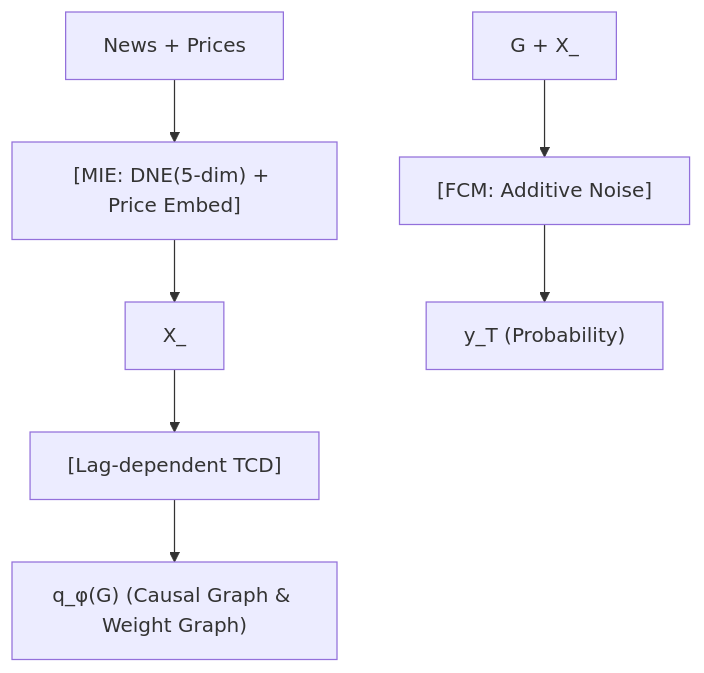
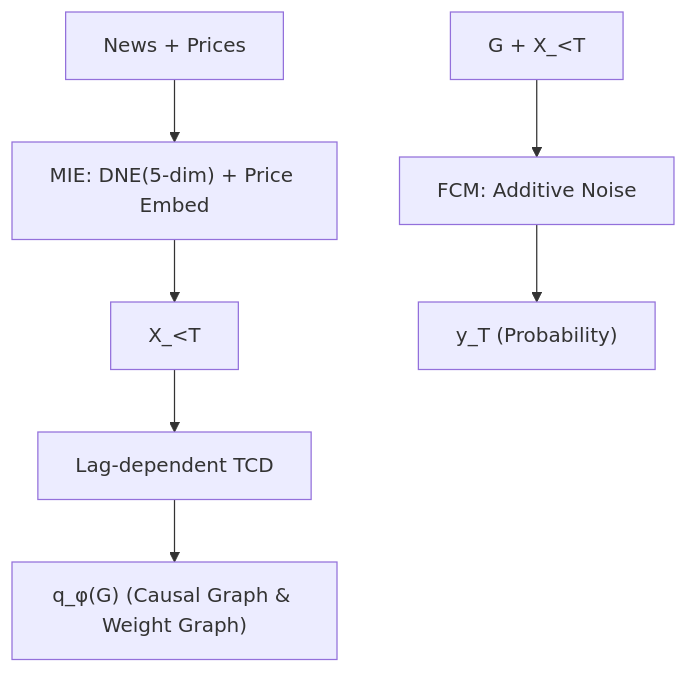
Before and after one commit to sou350121/Trading-Handbook: the diagram in foundations/causal-structural/causalstock.md, drawn with Mermaid. The commit also changed 191 other files, not shown here.

First line of the commit message:
render: fix math + mermaid for GitHub across the corpus (188 pages)

````diff
--- a/foundations/causal-structural/causalstock.md
+++ b/foundations/causal-structural/causalstock.md
@@ -33,9 +33,9 @@
 ```mermaid
 flowchart TD
-    A["News + Prices"] --> B["[MIE: DNE(5-dim) + Price Embed]"]
-    B --> C["X_<T"]
-    C --> D["[Lag-dependent TCD]"]
-    D --> E["q_φ(G) (Causal Graph & Weight Graph)"]
-    F["G + X_<T"] --> G["[FCM: Additive Noise]"]
+    A["News + Prices"] --> B["MIE: DNE(5-dim) + Price Embed"]
+    B --> C["X_&lt;T"]
+    C --> D["Lag-dependent TCD"]
+    D --> E["q_φ(G) (Causal Graph &amp; Weight Graph)"]
+    F["G + X_&lt;T"] --> G["FCM: Additive Noise"]
     G --> H["y_T (Probability)"]
 ```
````
